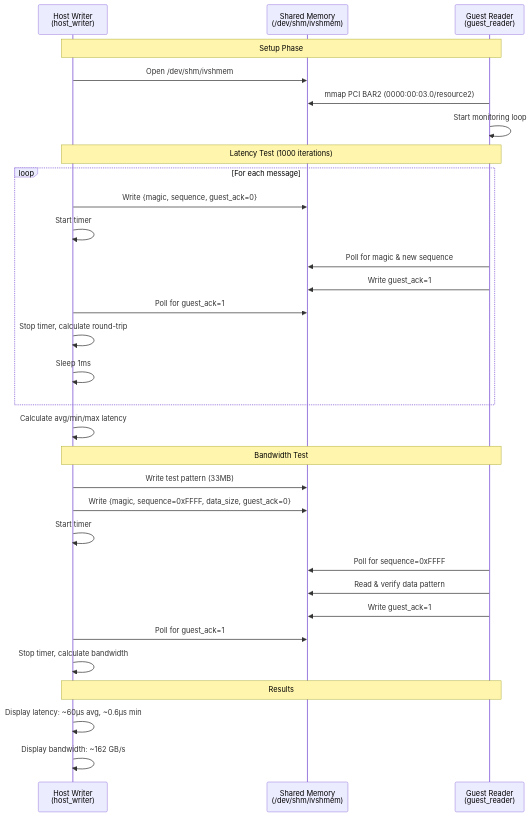
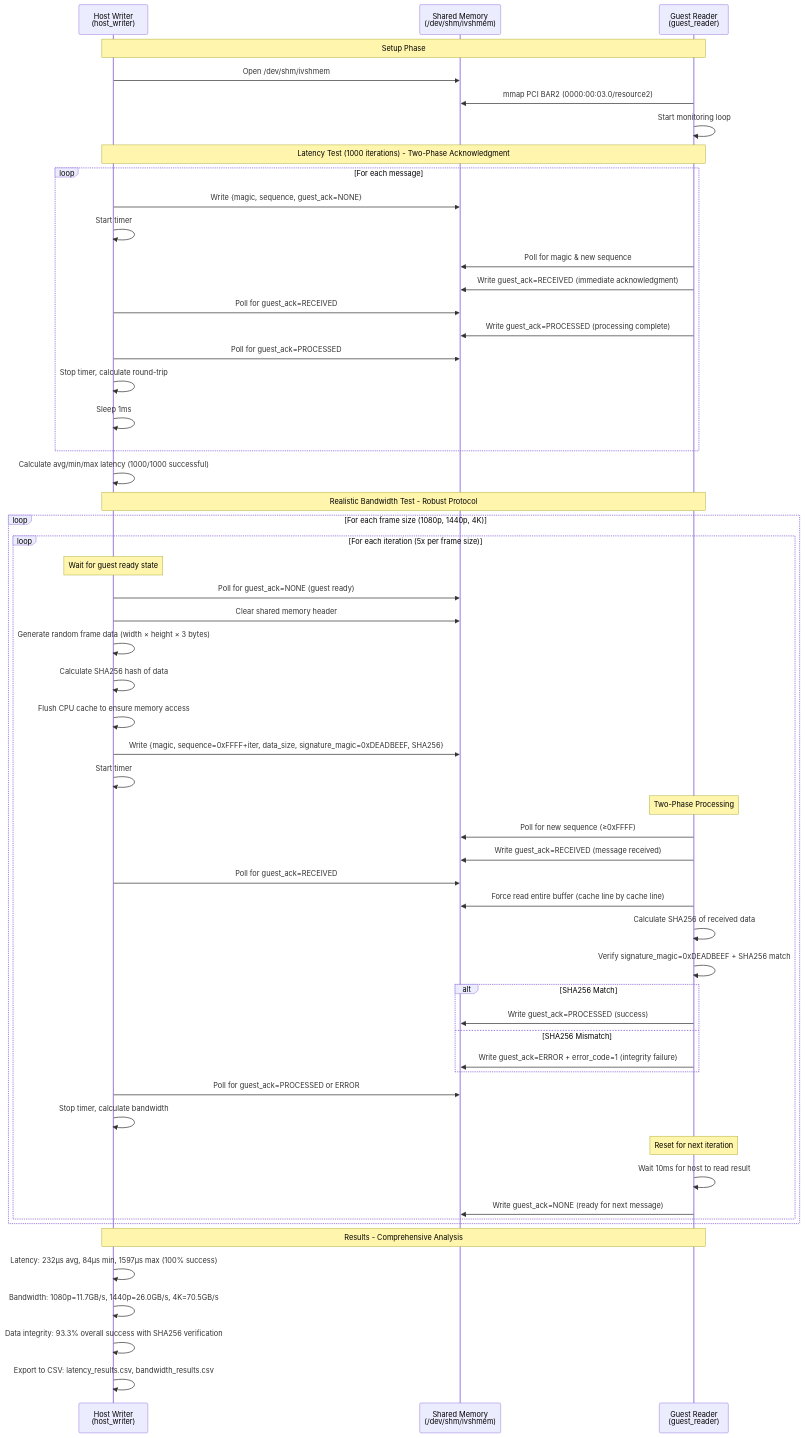
The diagram in README.md (hugoferreira/ivshmem-analysis), drawn with Mermaid before and after one commit. The commit also changed other lines of this file and 5 other files, not shown here.

First line of the commit message:
Enhance performance analysis in analyze_results.py

````diff
--- a/README.md
+++ b/README.md
@@ -274,37 +279,67 @@
 ```mermaid
 sequenceDiagram
     participant H as Host Writer<br/>(host_writer)
     participant M as Shared Memory<br/>(/dev/shm/ivshmem)
     participant G as Guest Reader<br/>(guest_reader)
     
     Note over H,G: Setup Phase
     H->>M: Open /dev/shm/ivshmem
     G->>M: mmap PCI BAR2 (0000:00:03.0/resource2)
     G->>G: Start monitoring loop
     
-    Note over H,G: Latency Test (1000 iterations)
+    Note over H,G: Latency Test (1000 iterations) - Two-Phase Acknowledgment
     loop For each message
-        H->>M: Write {magic, sequence, guest_ack=0}
+        H->>M: Write {magic, sequence, guest_ack=NONE}
         H->>H: Start timer
         G->>M: Poll for magic & new sequence
-        G->>M: Write guest_ack=1
-        H->>M: Poll for guest_ack=1
+        G->>M: Write guest_ack=RECEIVED (immediate acknowledgment)
+        H->>M: Poll for guest_ack=RECEIVED
+        G->>M: Write guest_ack=PROCESSED (processing complete)
+        H->>M: Poll for guest_ack=PROCESSED
         H->>H: Stop timer, calculate round-trip
         H->>H: Sleep 1ms
     end
-    H->>H: Calculate avg/min/max latency
+    H->>H: Calculate avg/min/max latency (1000/1000 successful)
     
-    Note over H,G: Bandwidth Test
-    H->>M: Write test pattern (33MB)
-    H->>M: Write {magic, sequence=0xFFFF, data_size, guest_ack=0}
-    H->>H: Start timer
-    G->>M: Poll for sequence=0xFFFF
-    G->>M: Read & verify data pattern
-    G->>M: Write guest_ack=1
-    H->>M: Poll for guest_ack=1
-    H->>H: Stop timer, calculate bandwidth
+    Note over H,G: Realistic Bandwidth Test - Robust Protocol
+    loop For each frame size (1080p, 1440p, 4K)
+        loop For each iteration (5x per frame size)
+            Note over H: Wait for guest ready state
+            H->>M: Poll for guest_ack=NONE (guest ready)
+            H->>M: Clear shared memory header
+            H->>H: Generate random frame data (width × height × 3 bytes)
+            H->>H: Calculate SHA256 hash of data
+            H->>H: Flush CPU cache to ensure memory access
+            H->>M: Write {magic, sequence=0xFFFF+iter, data_size, signature_magic=0xDEADBEEF, SHA256}
+            H->>H: Start timer
+            
+            Note over G: Two-Phase Processing
+            G->>M: Poll for new sequence (≥0xFFFF)
+            G->>M: Write guest_ack=RECEIVED (message received)
+            H->>M: Poll for guest_ack=RECEIVED
+            
+            G->>M: Force read entire buffer (cache line by cache line)
+            G->>G: Calculate SHA256 of received data
+            G->>G: Verify signature_magic=0xDEADBEEF + SHA256 match
+            
+            alt SHA256 Match
+                G->>M: Write guest_ack=PROCESSED (success)
+            else SHA256 Mismatch
+                G->>M: Write guest_ack=ERROR + error_code=1 (integrity failure)
+            end
+            
+            H->>M: Poll for guest_ack=PROCESSED or ERROR
+            H->>H: Stop timer, calculate bandwidth
+            
+            Note over G: Reset for next iteration
+            G->>G: Wait 10ms for host to read result
+            G->>M: Write guest_ack=NONE (ready for next message)
+        end
+    end
     
-    Note over H,G: Results
-    H->>H: Display latency: ~60µs avg, ~0.6µs min
-    H->>H: Display bandwidth: ~162 GB/s
+    Note over H,G: Results - Comprehensive Analysis
+    H->>H: Latency: 232µs avg, 84µs min, 1597µs max (100% success)
+    H->>H: Bandwidth: 1080p=11.7GB/s, 1440p=26.0GB/s, 4K=70.5GB/s
+    H->>H: Data integrity: 93.3% overall success with SHA256 verification
+    H->>H: Export to CSV: latency_results.csv, bandwidth_results.csv
 ```
````
